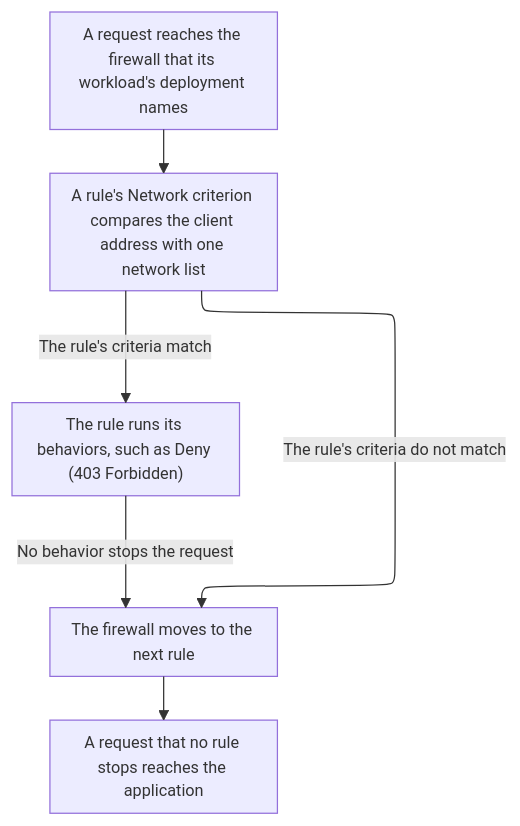
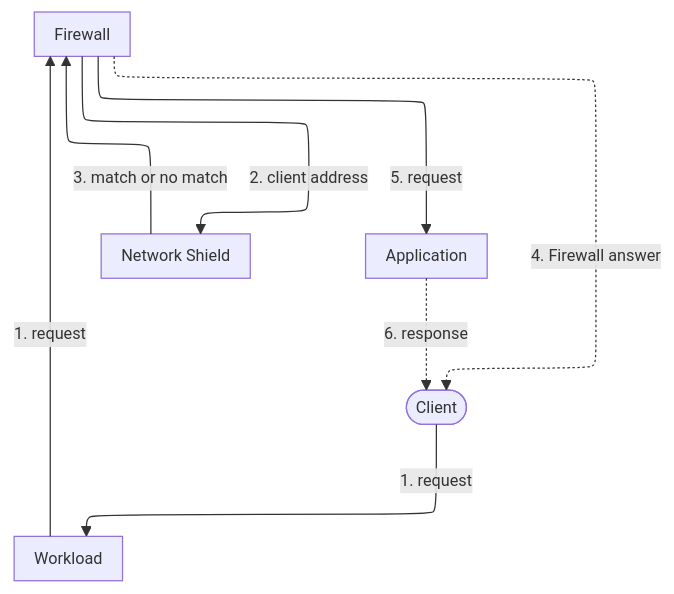
Before and after one commit to aziontech/docs: the diagram in apps/docs/src/content/docs/en/pages/secure/network-shield/overview.mdx, drawn with Mermaid. The commit also changed other lines of this file and 233 other files, not shown here.

````diff
--- a/apps/docs/src/content/docs/en/pages/secure/network-shield/overview.mdx
+++ b/apps/docs/src/content/docs/en/pages/secure/network-shield/overview.mdx
@@ -47,9 +30,16 @@
 ```mermaid
-%%{init: {"layout": "elk", "themeVariables": {"fontSize": "13px"}, "flowchart": {"nodeSpacing": 24, "rankSpacing": 36, "padding": 8, "wrappingWidth": 150, "useMaxWidth": true}, "sequence": {"width": 120, "actorMargin": 30, "useMaxWidth": true}}}%%
+%%{init: {"layout": "elk", "elk": {"cycleBreakingStrategy": "MODEL_ORDER"}, "themeVariables": {"fontSize": "13px"}, "flowchart": {"nodeSpacing": 24, "rankSpacing": 36, "padding": 8, "wrappingWidth": 150, "useMaxWidth": true}, "sequence": {"width": 120, "actorMargin": 30, "useMaxWidth": true}}}%%
 flowchart TD
-  Request["A request reaches the firewall that its workload's deployment names"] --> Network["A rule's Network criterion compares the client address with one network list"]
-  Network -->|"The rule's criteria match"| Behavior["The rule runs its behaviors, such as Deny (403 Forbidden)"]
-  Network -->|"The rule's criteria do not match"| Next["The firewall moves to the next rule"]
-  Behavior -->|"No behavior stops the request"| Next
-  Next --> App["A request that no rule stops reaches the application"]
+  Client(["Client"])
+  WL["Workload"]
+  FW["Firewall"]
+  NS["Network Shield"]
+  App["Application"]
+  Client -->|"1. request"| WL
+  WL -->|"1. request"| FW
+  FW -->|"2. client address"| NS
+  NS -->|"3. match or no match"| FW
+  FW -.->|"4. Firewall answer"| Client
+  FW -->|"5. request"| App
+  App -.->|"6. response"| Client
 ```
````
